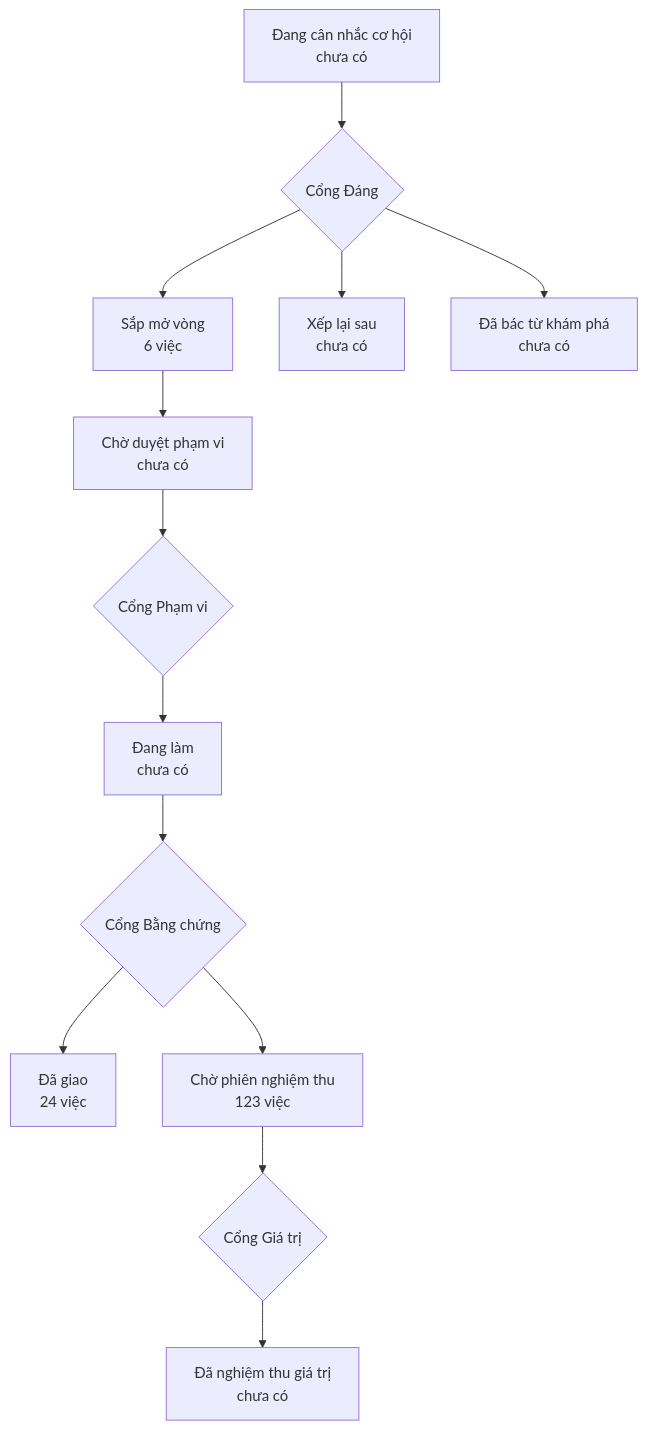
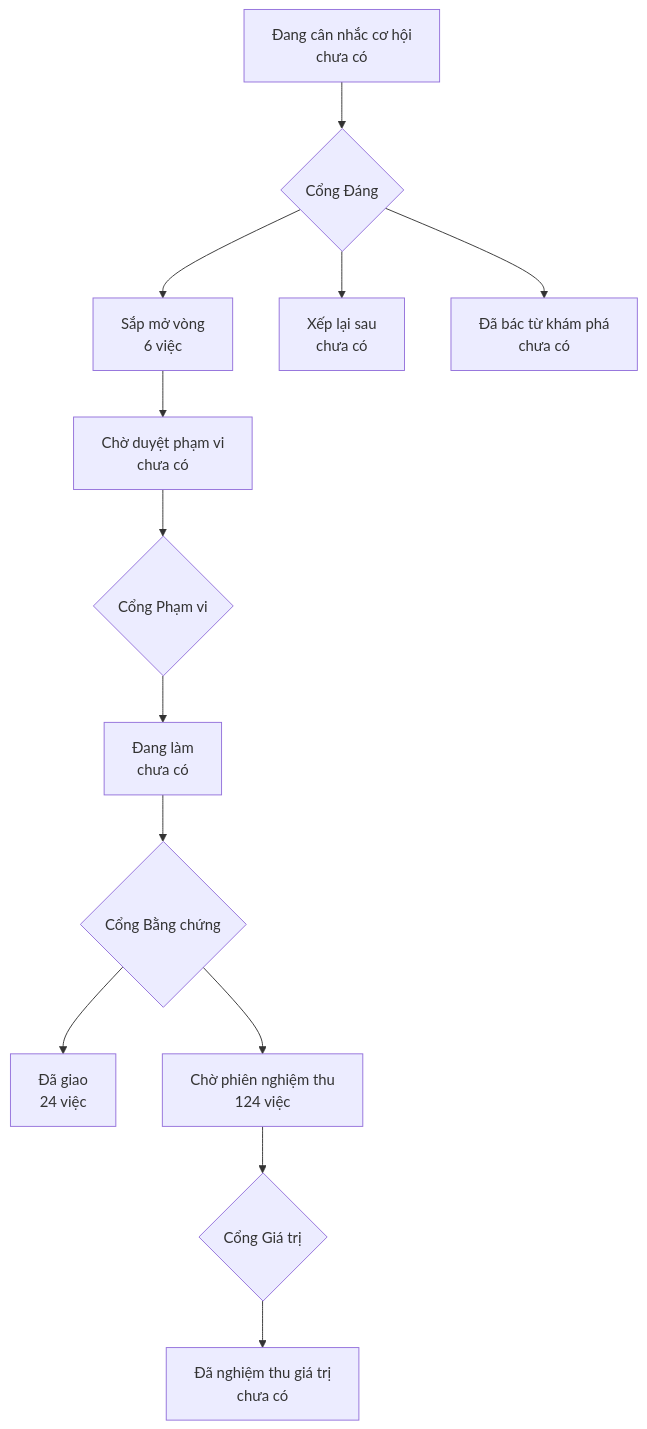
One commit to phanlemanh/onehub-quy-hang changed the diagram in PRODUCT-MAP.md. Above: the diagram before and after it, drawn with Mermaid. The commit also changed other lines of this file and 1 other file, not shown here.

Commit message:
chore: vẽ lại bản đồ sau hồ sơ va-xem-them-noi-lap-dong

````diff
--- a/PRODUCT-MAP.md
+++ b/PRODUCT-MAP.md
@@ -7,12 +7,12 @@
 ```mermaid
 flowchart TD
   A["Đang cân nhắc cơ hội<br/>chưa có"] --> GD{"Cổng Đáng"}
   GD --> B["Sắp mở vòng<br/>6 việc"]
   GD --> XL["Xếp lại sau<br/>chưa có"]
   GD --> DB["Đã bác từ khám phá<br/>chưa có"]
   B --> CD["Chờ duyệt phạm vi<br/>chưa có"] --> GP{"Cổng Phạm vi"}
   GP --> DL["Đang làm<br/>chưa có"] --> GB{"Cổng Bằng chứng"}
   GB --> DG["Đã giao<br/>24 việc"]
-  GB --> CN["Chờ phiên nghiệm thu<br/>123 việc"] --> GG{"Cổng Giá trị"}
+  GB --> CN["Chờ phiên nghiệm thu<br/>124 việc"] --> GG{"Cổng Giá trị"}
   GG --> NT["Đã nghiệm thu giá trị<br/>chưa có"]
 ```
````
